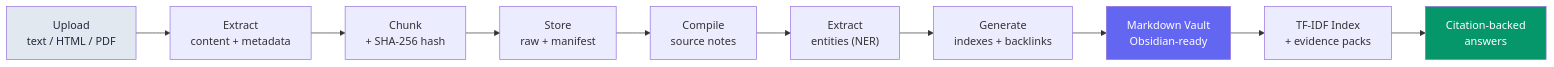
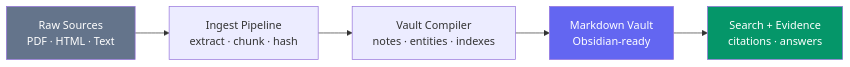
Before and after one commit to xictorlr/project-atlas: the first of 2 diagrams in README.md, drawn with Mermaid. The commit also changed other lines of this file, not shown here.

````diff
--- a/README.md
+++ b/README.md
@@ -106,16 +11,11 @@
 ```mermaid
 flowchart LR
-    UPLOAD["Upload<br/>text / HTML / PDF"] --> EXTRACT["Extract<br/>content + metadata"]
-    EXTRACT --> CHUNK["Chunk<br/>+ SHA-256 hash"]
-    CHUNK --> STORE["Store<br/>raw + manifest"]
-    STORE --> COMPILE["Compile<br/>source notes"]
-    COMPILE --> ENTITIES["Extract<br/>entities (NER)"]
-    ENTITIES --> INDEX["Generate<br/>indexes + backlinks"]
-    INDEX --> VAULT["Markdown Vault<br/>Obsidian-ready"]
-    VAULT --> SEARCH["TF-IDF Index<br/>+ evidence packs"]
-    SEARCH --> CITE["Citation-backed<br/>answers"]
+    A["Raw Sources<br/>PDF · HTML · Text"] --> B["Ingest Pipeline<br/>extract · chunk · hash"]
+    B --> C["Vault Compiler<br/>notes · entities · indexes"]
+    C --> D["Markdown Vault<br/>Obsidian-ready"]
+    D --> E["Search + Evidence<br/>citations · answers"]
 
-    style UPLOAD fill:#e2e8f0,color:#1e293b
-    style VAULT fill:#6366f1,color:#fff
-    style CITE fill:#059669,color:#fff
+    style A fill:#64748b,color:#fff
+    style D fill:#6366f1,color:#fff
+    style E fill:#059669,color:#fff
 ```
````
